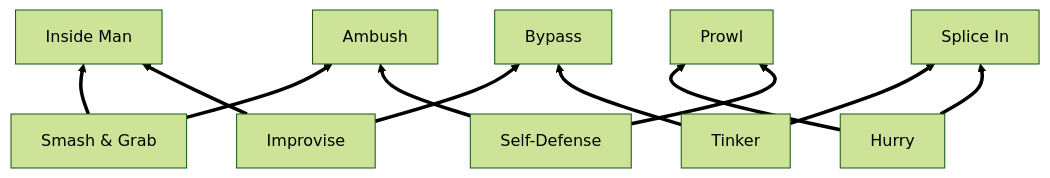
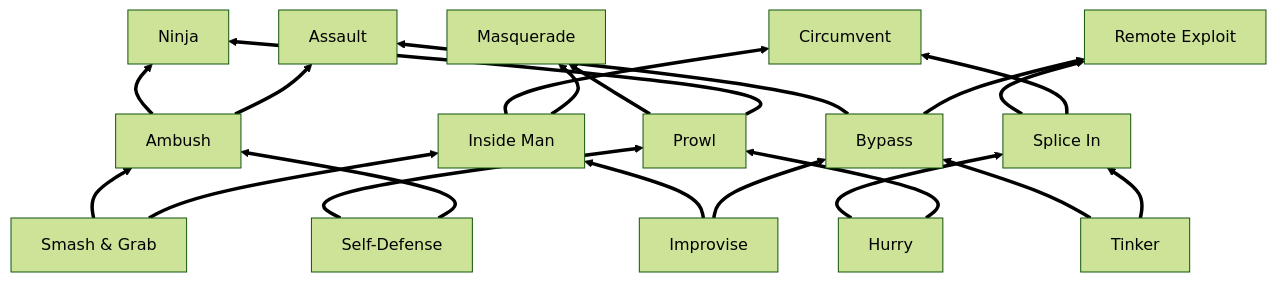
Before and after one commit to andymeneely/project-timber-wolf: the diagram in data/skill-tree.mermaid, drawn with Mermaid (forest theme). The commit also changed 7 other files, not shown here.

```diff
--- a/data/skill-tree.mermaid
+++ b/data/skill-tree.mermaid
@@ -1,29 +1,29 @@
 %% Mermaid syntax: https://knsv.github.io/mermaid
 %% Can view this on http://knsv.github.io/mermaid/live_editor/
 %% Using Atom? Install plugin and see the preview: https://atom.io/packages/atom-mermaid
 
 graph BT
 
   %%%%%% Level 1s to 2s %%%%%%
   smg[Smash & Grab] ==> Ambush
   smg[Smash & Grab] ==> inside[Inside Man]
   Improvise ==> inside[Inside Man]
   Improvise ==> Bypass
   Tinker ==> Bypass
   Tinker ==> splice[Splice In]
   Hurry ==> splice[Splice In]
   Hurry ==> Prowl
   Self-Defense ==> Prowl
   Self-Defense ==> Ambush
 
   %%%%%% Level 2s to 3s %%%%%%
-  %% Ambush ==> Ninja
-  %% Ambush ==> Assault
-  %% Bypass
-  %% Bypass
-  %% splice[Splice In] ==> deny[Deny & Degrade]
-  %% splice[Splice In] ==> persist[Persistent Threat]
-  %% Prowl ==> pick[Pick Locks]
-  %% Prowl ==> Ninja
-  %% inside[Inside Man] ==> persist[Persistent Threat]
-  %% inside[Inside Man] ==> Assault
+  Ambush ==> Ninja
+  Ambush ==> Assault
+  Bypass ==> Assault
+  Bypass ==> remote[Remote Exploit]
+  splice[Splice In] ==> remote[Remote Exploit]
+  splice[Splice In] ==> Circumvent
+  inside[Inside Man] ==> Circumvent
+  inside[Inside Man] ==> Masquerade
+  Prowl ==> Masquerade
+  Prowl ==> Ninja
```
